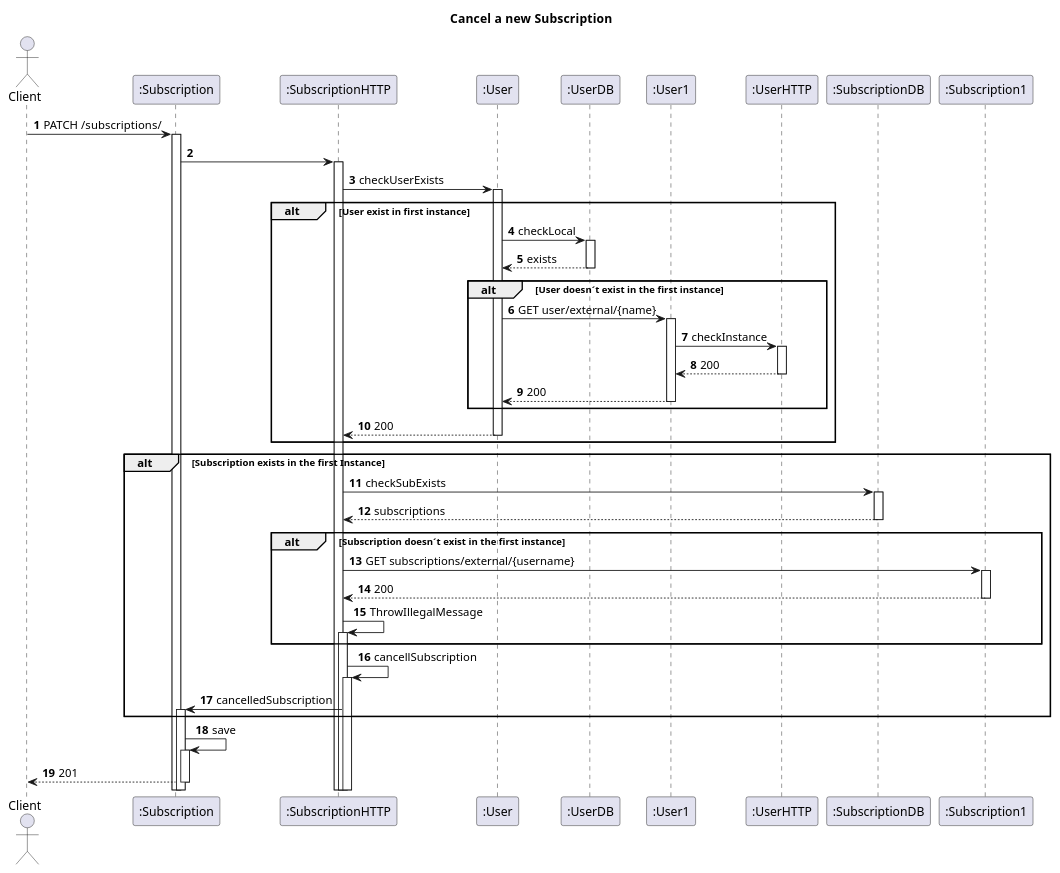
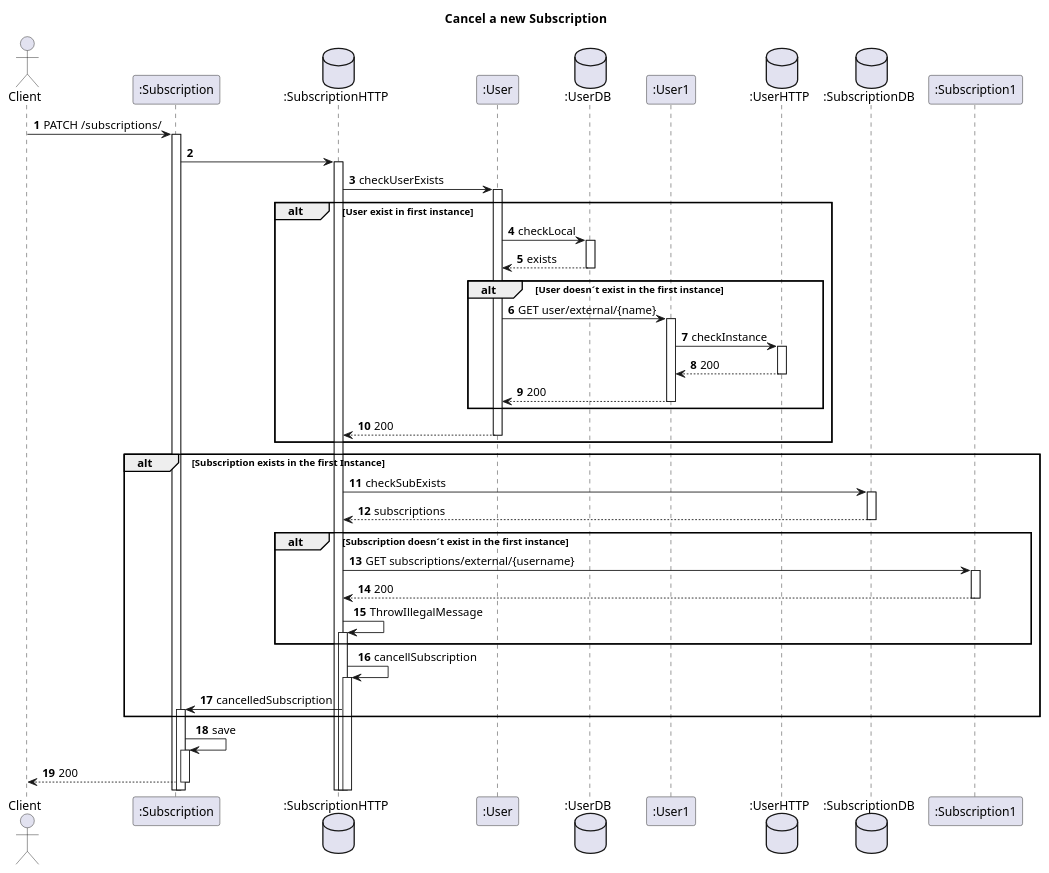
Before and after one commit to IsepMartimOliveira/SIDIS: the diagram in docs_sidis/Subs/Vista Logica/N3/CancelSub.puml, drawn with PlantUML. The commit also changed 13 other files, not shown here.

```diff
--- a/docs_sidis/Subs/Vista Logica/N3/CancelSub.puml
+++ b/docs_sidis/Subs/Vista Logica/N3/CancelSub.puml
@@ -1,52 +1,52 @@
 @startuml
 'https://plantuml.com/sequence-diagram
 autoactivate on
 autonumber
 title  Cancel  a new Subscription
 
 autonumber
 
 actor "Client" as Ac
 participant ":Subscription" as Auth
-participant ":SubscriptionHTTP" as SHTTP
+database ":SubscriptionHTTP" as SHTTP
 participant ":User" as User
-participant ":UserDB" as UDB
+database ":UserDB" as UDB
 participant ":User1" as User1
-participant ":UserHTTP" as UHTTP
-participant ":SubscriptionDB" as SDB
+database ":UserHTTP" as UHTTP
+database ":SubscriptionDB" as SDB
 participant ":Subscription1" as Serv
 
 
 Ac->Auth: PATCH /subscriptions/
 Auth->SHTTP:
 SHTTP->User:checkUserExists
 alt User exist in first instance
 User->UDB:checkLocal
 UDB-->User:exists
 alt User doesn´t exist in the first instance
 User->User1:GET user/external/{name}
 User1->UHTTP:checkInstance
 UHTTP-->User1:200
 User1-->User:200
 end
 User-->SHTTP:200
 
 end
 
 alt Subscription exists in the first Instance
 SHTTP->SDB:checkSubExists
 SDB-->SHTTP:subscriptions
 alt Subscription doesn´t exist in the first instance
 SHTTP->Serv:GET subscriptions/external/{username}
 Serv-->SHTTP:200
 SHTTP->SHTTP:ThrowIllegalMessage
 end
 SHTTP->SHTTP:cancellSubscription
 SHTTP->Auth:cancelledSubscription
 
 end
 
 
 Auth->Auth:save
-Auth-->Ac:201
+Auth-->Ac:200
 @enduml
```
